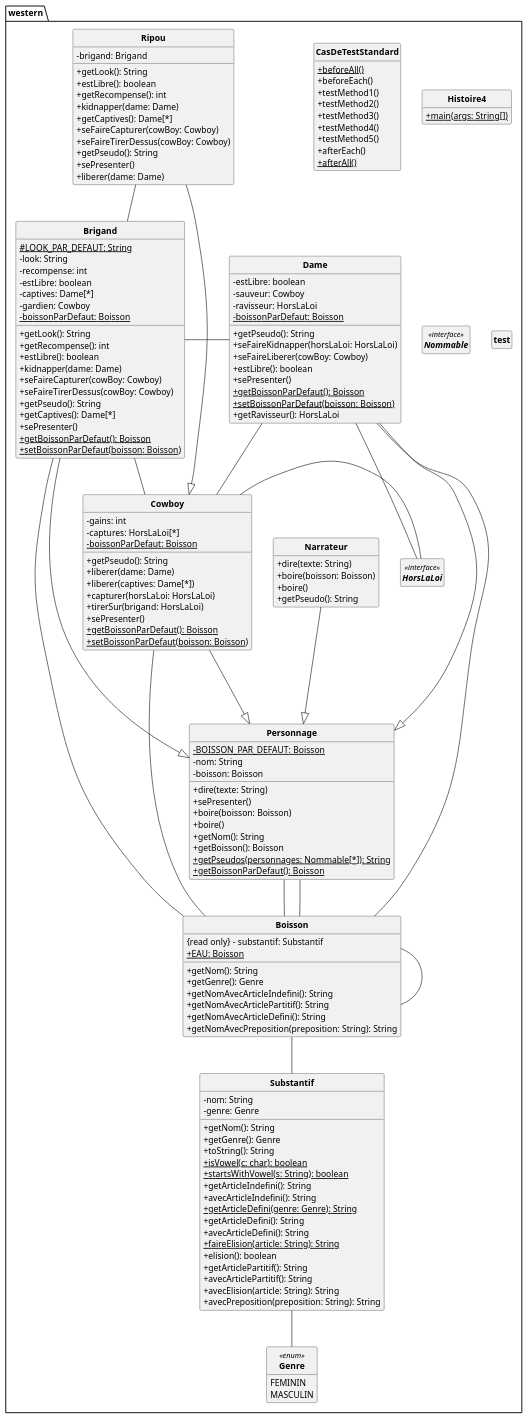
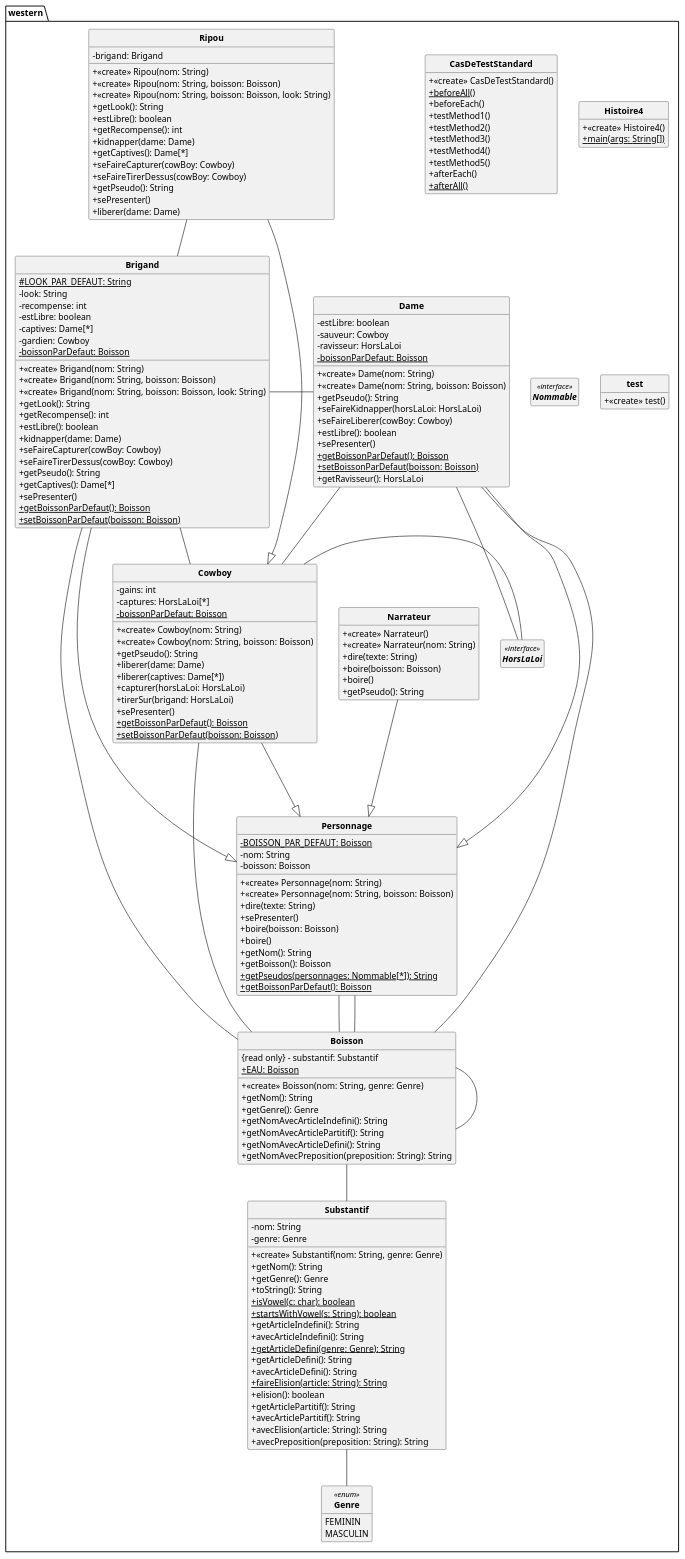
The diagram in src/pumlFromJava/DC_Western.puml (SylvainSchaefer/Java-to-PUML), drawn with PlantUML before and after one commit. The commit also changed 3 other files, not shown here.

```diff
--- a/src/pumlFromJava/DC_Western.puml
+++ b/src/pumlFromJava/DC_Western.puml
@@ -7,6 +7,7 @@
 
 '''DCA + 
 Class western.Boisson{
++ <<create>> Boisson(nom: String, genre: Genre)
 {read only} - substantif: Substantif
 {static} + EAU: Boisson
 + getNom(): String
@@ -22,6 +23,9 @@
 
 
 Class western.Brigand{
++ <<create>> Brigand(nom: String)
++ <<create>> Brigand(nom: String, boisson: Boisson)
++ <<create>> Brigand(nom: String, boisson: Boisson, look: String)
 {static} # LOOK_PAR_DEFAUT: String
 - look: String
 - recompense: int
@@ -48,6 +52,7 @@
 
 western.Brigand ---|> western.Personnage
 Class western.CasDeTestStandard{
++ <<create>> CasDeTestStandard()
 {static} + beforeAll()
 + beforeEach()
 + testMethod1()
@@ -62,6 +67,8 @@
 
 
 Class western.Cowboy{
++ <<create>> Cowboy(nom: String)
++ <<create>> Cowboy(nom: String, boisson: Boisson)
 - gains: int
 - captures: HorsLaLoi[*]
 + getPseudo(): String
@@ -80,6 +87,8 @@
 
 western.Cowboy ---|> western.Personnage
 Class western.Dame{
++ <<create>> Dame(nom: String)
++ <<create>> Dame(nom: String, boisson: Boisson)
 - estLibre: boolean
 - sauveur: Cowboy
 - ravisseur: HorsLaLoi
@@ -105,6 +114,7 @@
 
 }
 Class western.Histoire4{
++ <<create>> Histoire4()
 {static} + main(args: String[])
 
 }
@@ -113,6 +123,8 @@
 Interface western.HorsLaLoi<<interface>> {
 }
 Class western.Narrateur{
++ <<create>> Narrateur()
++ <<create>> Narrateur(nom: String)
 + dire(texte: String)
 + boire(boisson: Boisson)
 + boire()
@@ -124,6 +136,8 @@
 Interface western.Nommable<<interface>> {
 }
 Class western.Personnage{
++ <<create>> Personnage(nom: String)
++ <<create>> Personnage(nom: String, boisson: Boisson)
 {static} - BOISSON_PAR_DEFAUT: Boisson
 - nom: String
 - boisson: Boisson
@@ -142,6 +156,9 @@
 
 
 Class western.Ripou{
++ <<create>> Ripou(nom: String)
++ <<create>> Ripou(nom: String, boisson: Boisson)
++ <<create>> Ripou(nom: String, boisson: Boisson, look: String)
 - brigand: Brigand
 + getLook(): String
 + estLibre(): boolean
@@ -159,6 +176,7 @@
 
 western.Ripou ---|> western.Cowboy
 Class western.Substantif{
++ <<create>> Substantif(nom: String, genre: Genre)
 - nom: String
 - genre: Genre
 + getNom(): String
@@ -183,6 +201,7 @@
 
 
 Class western.test{
++ <<create>> test()
 
 }
 
```
